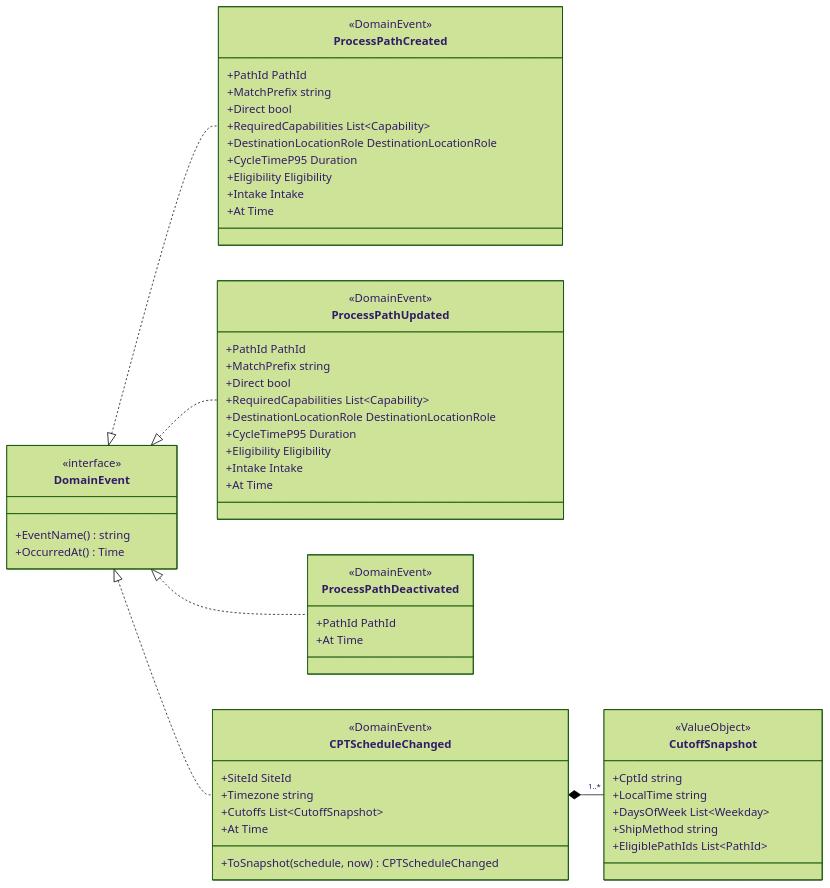
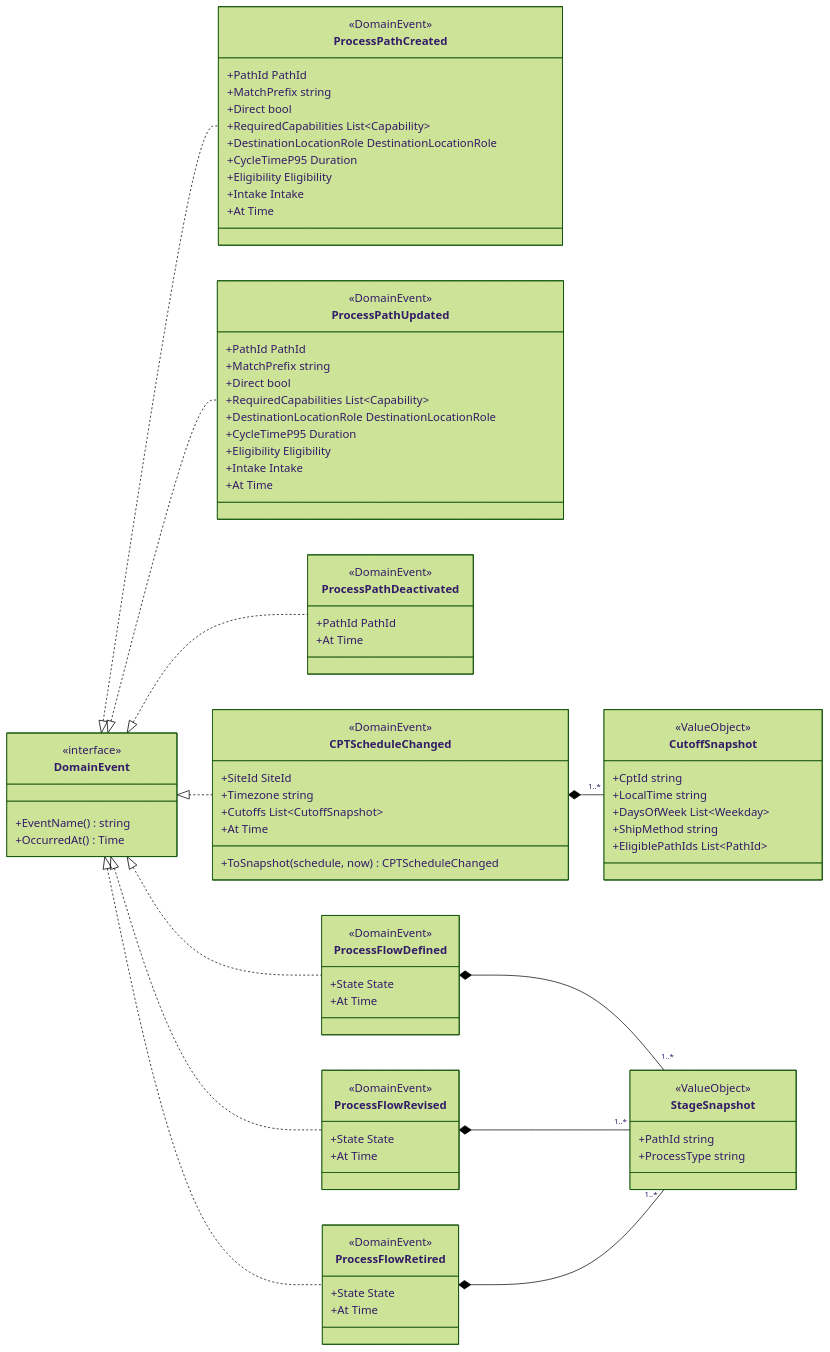
One commit to IQVO/process-path-management changed the second of 3 diagrams in docs/docs/ddd/class-diagram.md. Above: the diagram before and after it, drawn with Mermaid (forest theme). The commit also changed other lines of this file and 18 other files, not shown here.

First line of the commit message:
docs: describe the ProcessFlow aggregate (ADR 0042) in the README and docs pages

````diff
--- a/docs/docs/ddd/class-diagram.md
+++ b/docs/docs/ddd/class-diagram.md
@@ -202,9 +256,39 @@
         +EligiblePathIds List~PathId~
     }
 
+    class ProcessFlowDefined {
+        <<DomainEvent>>
+        +State State
+        +At Time
+    }
+
+    class ProcessFlowRevised {
+        <<DomainEvent>>
+        +State State
+        +At Time
+    }
+
+    class ProcessFlowRetired {
+        <<DomainEvent>>
+        +State State
+        +At Time
+    }
+
+    class StageSnapshot {
+        <<ValueObject>>
+        +PathId string
+        +ProcessType string
+    }
+
     DomainEvent <|.. ProcessPathCreated
     DomainEvent <|.. ProcessPathUpdated
     DomainEvent <|.. ProcessPathDeactivated
     DomainEvent <|.. CPTScheduleChanged
     CPTScheduleChanged *-- "1..*" CutoffSnapshot
+    DomainEvent <|.. ProcessFlowDefined
+    DomainEvent <|.. ProcessFlowRevised
+    DomainEvent <|.. ProcessFlowRetired
+    ProcessFlowDefined *-- "1..*" StageSnapshot
+    ProcessFlowRevised *-- "1..*" StageSnapshot
+    ProcessFlowRetired *-- "1..*" StageSnapshot
 ```
````
